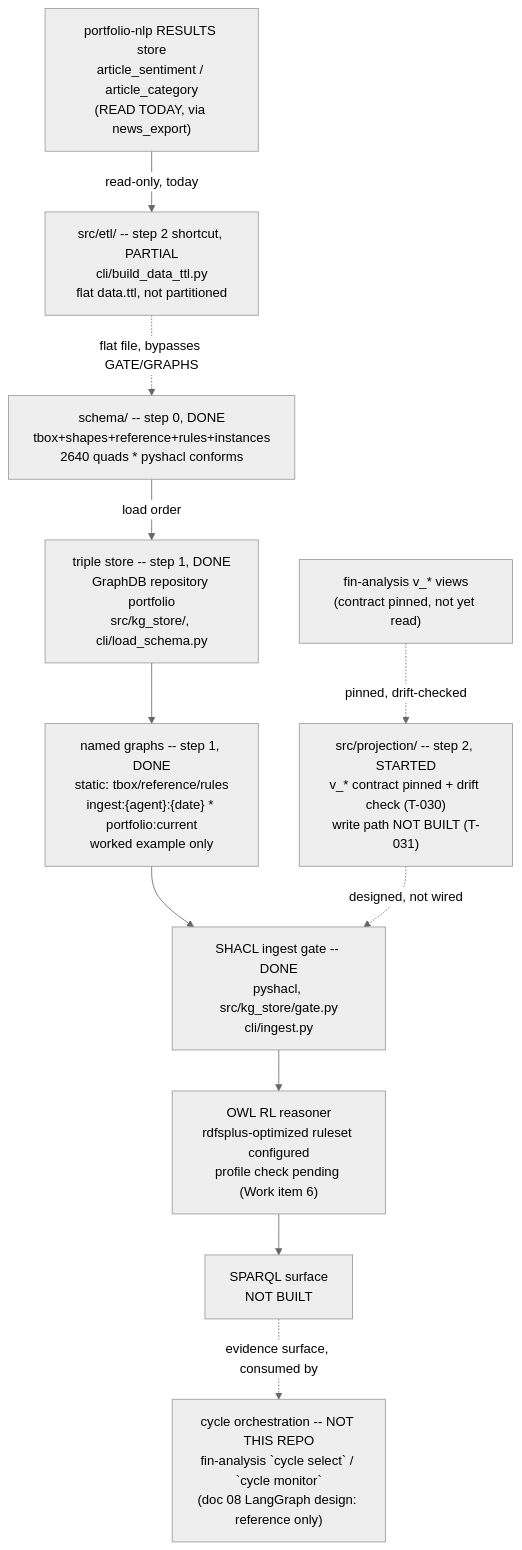
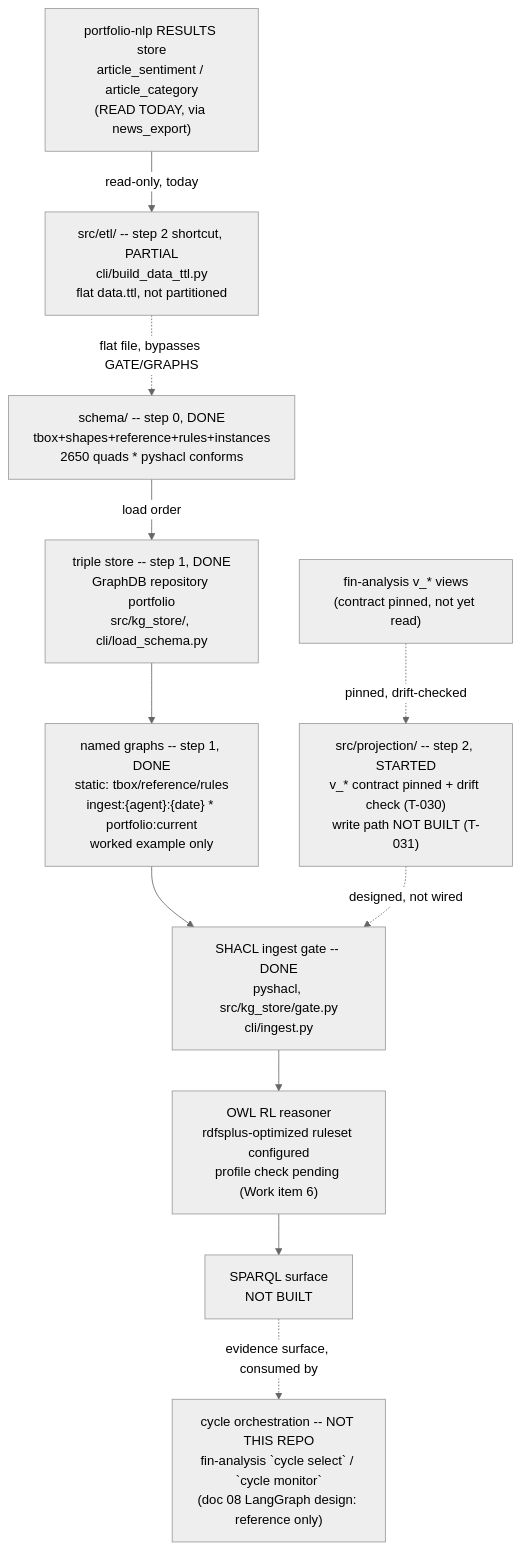
One commit to gamug/portfolio-knowledge-graph changed the diagram in .specify/memory/SPEC.md. Above: the diagram before and after it, drawn with Mermaid (neutral theme). The commit also changed other lines of this file and 7 other files, not shown here.

````diff
--- a/.specify/memory/SPEC.md
+++ b/.specify/memory/SPEC.md
@@ -718,22 +718,22 @@
 ```mermaid
 flowchart TB
-    SCHEMA["schema/ -- step 0, DONE<br/>tbox+shapes+reference+rules+instances<br/>2640 quads * pyshacl conforms"]
+    SCHEMA["schema/ -- step 0, DONE<br/>tbox+shapes+reference+rules+instances<br/>2650 quads * pyshacl conforms"]
     STORE["triple store -- step 1, DONE<br/>GraphDB repository portfolio<br/>src/kg_store/, cli/load_schema.py"]
     GRAPHS["named graphs -- step 1, DONE<br/>static: tbox/reference/rules<br/>ingest:{agent}:{date} * portfolio:current<br/>worked example only"]
     GATE["SHACL ingest gate -- DONE<br/>pyshacl, src/kg_store/gate.py<br/>cli/ingest.py"]
     PROJ["src/projection/ -- step 2, STARTED<br/>v_* contract pinned + drift check (T-030)<br/>write path NOT BUILT (T-031)"]
     FIN["fin-analysis v_* views<br/>(contract pinned, not yet read)"]
     NLPRES["portfolio-nlp RESULTS store<br/>article_sentiment / article_category<br/>(READ TODAY, via news_export)"]
     ETL["src/etl/ -- step 2 shortcut, PARTIAL<br/>cli/build_data_ttl.py<br/>flat data.ttl, not partitioned"]
     REASON["OWL RL reasoner<br/>rdfsplus-optimized ruleset configured<br/>profile check pending (Work item 6)"]
     SPARQL["SPARQL surface<br/>NOT BUILT"]
     AGENTS["cycle orchestration -- NOT THIS REPO<br/>fin-analysis `cycle select` / `cycle monitor`<br/>(doc 08 LangGraph design: reference only)"]
 
     SCHEMA -->|load order| STORE --> GRAPHS --> GATE
     FIN -.->|pinned, drift-checked| PROJ
     PROJ -.->|designed, not wired| GATE
     NLPRES -->|read-only, today| ETL
     ETL -.->|flat file, bypasses GATE/GRAPHS| SCHEMA
     GATE --> REASON --> SPARQL
     SPARQL -.->|evidence surface, consumed by| AGENTS
 ```
````
